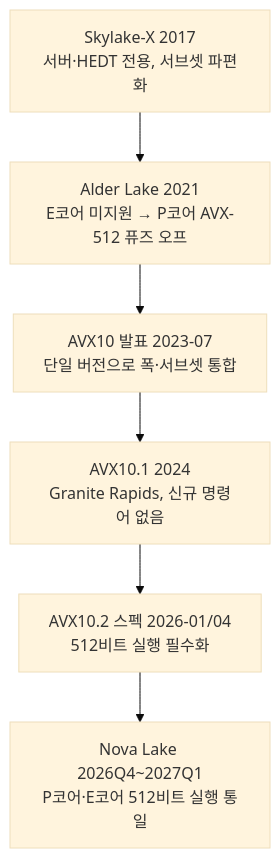
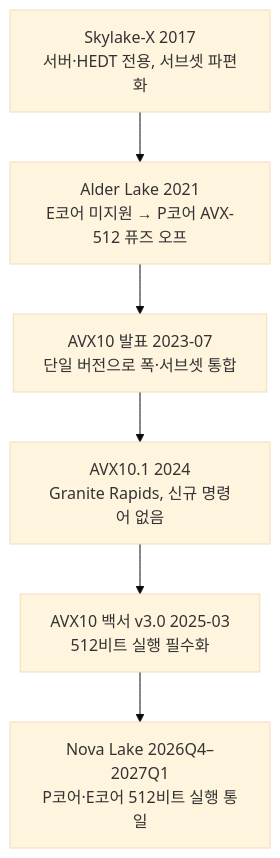
One commit to 42jerrykim/42jerrykim.github.io changed the diagram in content/collection/optimization-08-optimization-techniques/03-avx512-avx10-optimization/index.md. Above: the diagram before and after it, drawn with Mermaid (base theme). The commit also changed other lines of this file and 1 other file, not shown here.

First line of the commit message:
feat: optimization-08-optimization-techniques/03-avx512-avx10-optimization post-quality-loop 채점 완료 (93.9점, 통과)

````diff
--- a/content/collection/optimization-08-optimization-techniques/03-avx512-avx10-optimization/index.md
+++ b/content/collection/optimization-08-optimization-techniques/03-avx512-avx10-optimization/index.md
@@ -157,8 +153,8 @@
 ```mermaid
 flowchart TD
   skylakeX["Skylake-X 2017</br>서버·HEDT 전용, 서브셋 파편화"] --> alderLake["Alder Lake 2021</br>E코어 미지원 → P코어 AVX-512 퓨즈 오프"]
   alderLake --> avx10Announce["AVX10 발표 2023-07</br>단일 버전으로 폭·서브셋 통합"]
   avx10Announce --> avx10v1["AVX10.1 2024</br>Granite Rapids, 신규 명령어 없음"]
-  avx10v1 --> avx10v2["AVX10.2 스펙 2026-01/04</br>512비트 실행 필수화"]
-  avx10v2 --> novaLake["Nova Lake 2026Q4~2027Q1</br>P코어·E코어 512비트 실행 통일"]
+  avx10v1 --> avx10v2["AVX10 백서 v3.0 2025-03</br>512비트 실행 필수화"]
+  avx10v2 --> novaLake["Nova Lake 2026Q4–2027Q1</br>P코어·E코어 512비트 실행 통일"]
 ```
````
